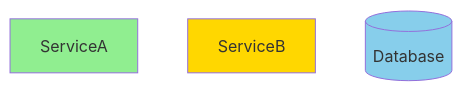
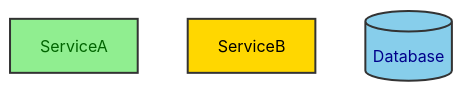
The first of 4 diagrams in SKILL.md (SpillwaveSolutions/design-doc-mermaid), drawn with Mermaid before and after one commit. The commit also changed other lines of this file and 2 other files, not shown here.

````diff
--- a/SKILL.md
+++ b/SKILL.md
@@ -389,11 +398,13 @@
 ```mermaid
 graph TB
-    %% Define style classes
-    classDef primaryService fill:#90EE90
-    classDef secondaryService fill:#FFD700
-    classDef database fill:#87CEEB
+    %% Define style classes with explicit text colors
+    classDef primaryService fill:#90EE90,stroke:#333,stroke-width:2px,color:darkgreen
+    classDef secondaryService fill:#FFD700,stroke:#333,stroke-width:2px,color:black
+    classDef database fill:#87CEEB,stroke:#333,stroke-width:2px,color:darkblue
+    classDef errorStyle fill:#FFB6C1,stroke:#DC143C,stroke-width:3px,color:black
+    classDef successStyle fill:#90EE90,stroke:#2E7D2E,stroke-width:3px,color:darkgreen
 
     ServiceA:::primaryService
     ServiceB:::secondaryService
     DB[(Database)]:::database
 ```
````
